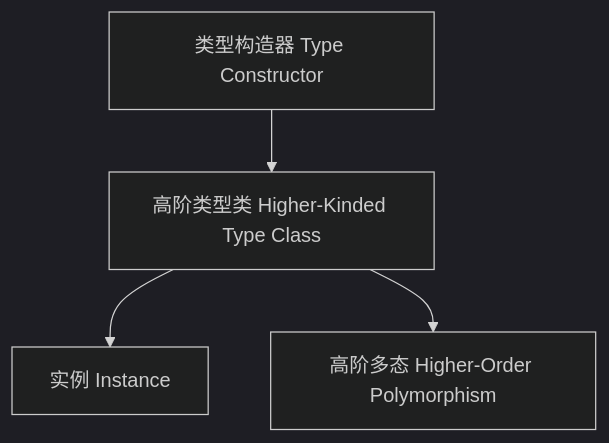
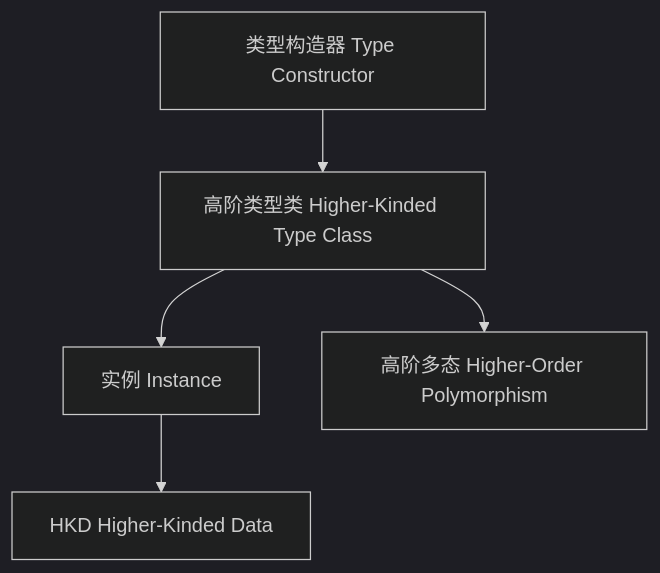
Before and after one commit to AdaMartin18010/haskell: the diagram in docs/analysis/Type/01-Higher-Kinded-Types.md, drawn with Mermaid (dark theme). The commit also changed other lines of this file and 27 other files, not shown here.

````diff
--- a/docs/analysis/Type/01-Higher-Kinded-Types.md
+++ b/docs/analysis/Type/01-Higher-Kinded-Types.md
@@ -72,6 +101,7 @@
 ```mermaid
 graph TD
   A[类型构造器 Type Constructor] --> B[高阶类型类 Higher-Kinded Type Class]
   B --> C[实例 Instance]
   B --> D[高阶多态 Higher-Order Polymorphism]
+  C --> E[HKD Higher-Kinded Data]
 ```
````
